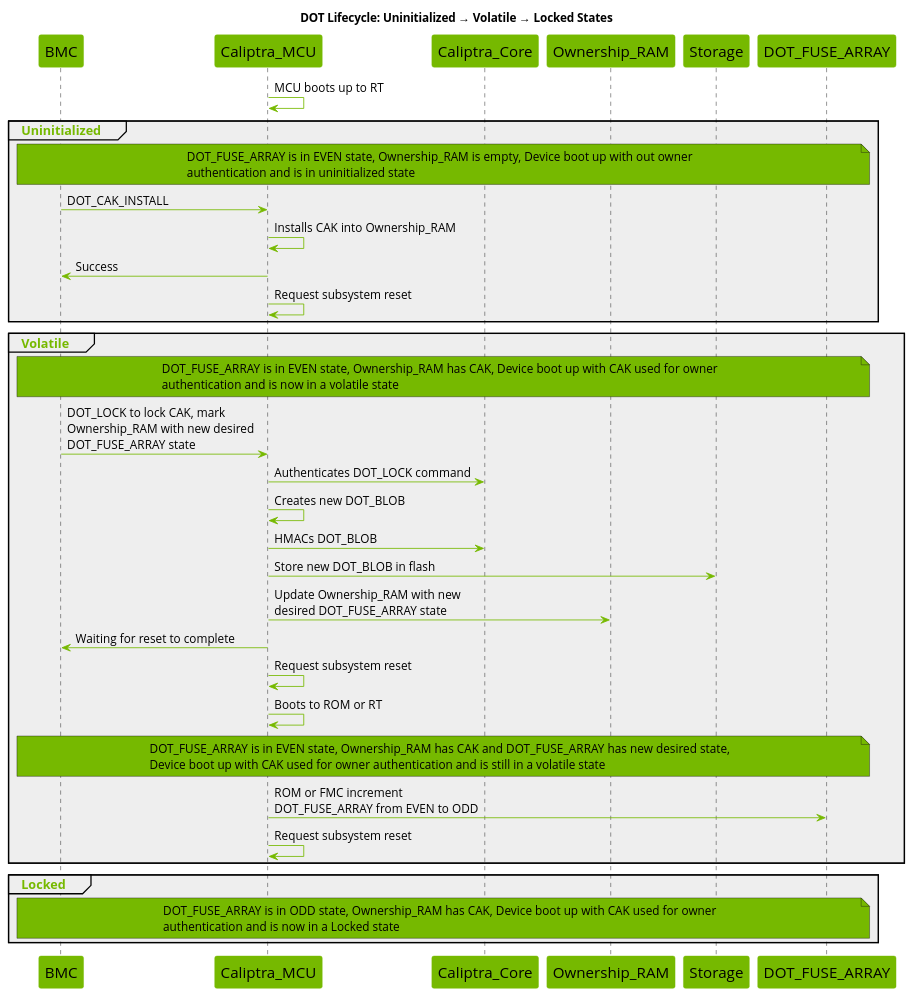
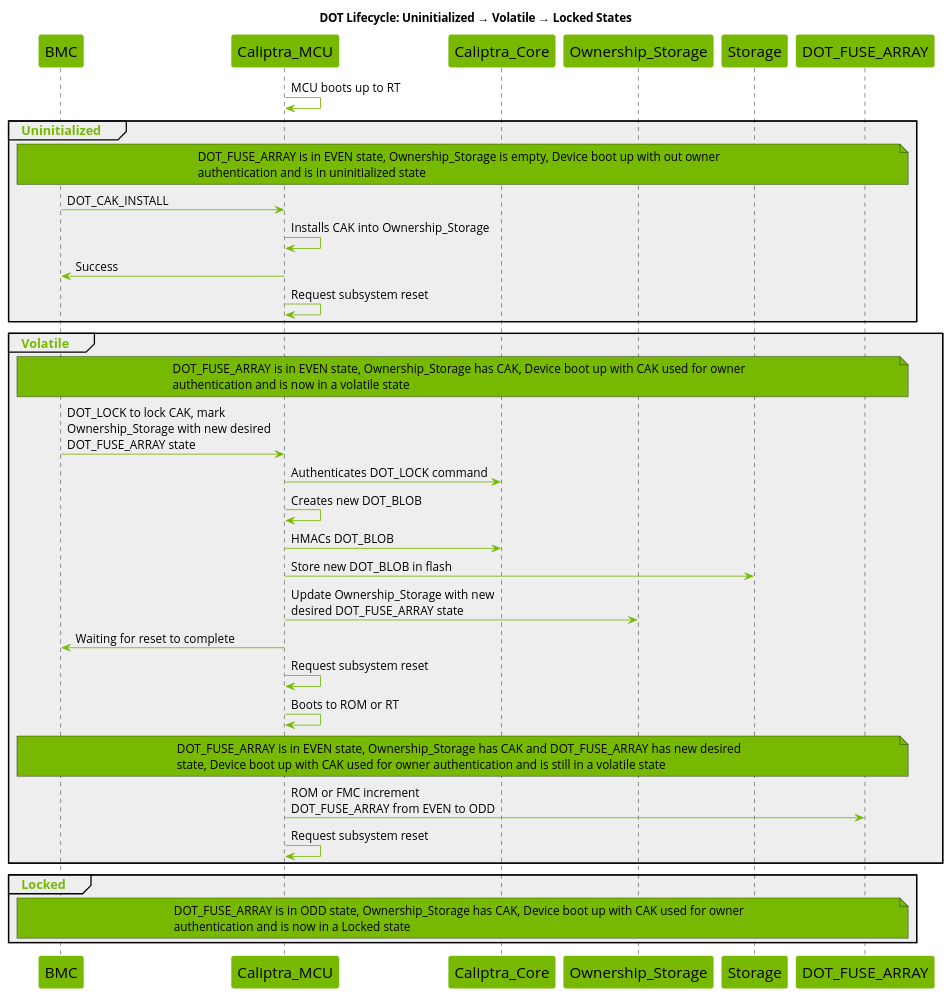
Before and after one commit to zhalvorsen/caliptra-mcu-sw: the sixth of 9 diagrams in docs/src/dot.md, drawn with PlantUML. The commit also changed other lines of this file, not shown here.

Commit message:
Modify dot.md to rephrase Ownership_RAM as Ownership_Storage (#611)

````diff
--- a/docs/src/dot.md
+++ b/docs/src/dot.md
@@ -872,69 +873,69 @@
 ```plantuml
 @startuml
 
 title DOT Lifecycle: Uninitialized → Volatile → Locked States
 
 skinparam maxMessageSize 250
 skinparam wrapWidth 700
 skinparam backgroundColor white
 skinparam NoteBackgroundColor #76b900
 skinparam NoteFontSize 14
 skinparam SequenceGroupBodyBackgroundColor #EEEEEE
 skinparam defaultFontName Open Sans
 
 skinparam sequence {
     ArrowColor #76b900
     ActorBorderColor #76b900
     LifeLineBorderColor #000000
     LifeLineBackgroundColor #76b900
     GroupHeaderFontsize 15
     GroupHeaderFontColor #76b900
     GroupFontSize 15
     GroupFontColor #76b900
     ArrowFontSize 15
     ParticipantBorderColor #76b900
     ParticipantBackgroundColor #76b900
     ParticipantFontSize 18
     ParticipantFontColor black
     ArrowFontSize 14
 }
 
 participant BMC
 participant Caliptra_MCU
 participant Caliptra_Core
-participant Ownership_RAM
+participant Ownership_Storage
 participant Storage
 participant DOT_FUSE_ARRAY
 
 Caliptra_MCU -> Caliptra_MCU : MCU boots up to RT
 
 group Uninitialized
-    note across : DOT_FUSE_ARRAY is in EVEN state, Ownership_RAM is empty, Device boot up with out owner authentication and is in uninitialized state
+    note across : DOT_FUSE_ARRAY is in EVEN state, Ownership_Storage is empty, Device boot up with out owner authentication and is in uninitialized state
     BMC -> Caliptra_MCU : DOT_CAK_INSTALL
-    Caliptra_MCU -> Caliptra_MCU : Installs CAK into Ownership_RAM
+    Caliptra_MCU -> Caliptra_MCU : Installs CAK into Ownership_Storage
     Caliptra_MCU -> BMC : Success
     Caliptra_MCU -> Caliptra_MCU : Request subsystem reset
 end
 
 group Volatile
-    note across : DOT_FUSE_ARRAY is in EVEN state, Ownership_RAM has CAK, Device boot up with CAK used for owner authentication and is now in a volatile state
-    BMC -> Caliptra_MCU : DOT_LOCK to lock CAK, mark Ownership_RAM with new desired DOT_FUSE_ARRAY state
+    note across : DOT_FUSE_ARRAY is in EVEN state, Ownership_Storage has CAK, Device boot up with CAK used for owner authentication and is now in a volatile state
+    BMC -> Caliptra_MCU : DOT_LOCK to lock CAK, mark Ownership_Storage with new desired DOT_FUSE_ARRAY state
     Caliptra_MCU -> Caliptra_Core : Authenticates DOT_LOCK command
     Caliptra_MCU -> Caliptra_MCU : Creates new DOT_BLOB
     Caliptra_MCU -> Caliptra_Core : HMACs DOT_BLOB
     Caliptra_MCU -> Storage : Store new DOT_BLOB in flash
-    Caliptra_MCU -> Ownership_RAM : Update Ownership_RAM with new desired DOT_FUSE_ARRAY state
+    Caliptra_MCU -> Ownership_Storage : Update Ownership_Storage with new desired DOT_FUSE_ARRAY state
     Caliptra_MCU -> BMC : Waiting for reset to complete
     Caliptra_MCU -> Caliptra_MCU : Request subsystem reset
     Caliptra_MCU -> Caliptra_MCU : Boots to ROM or RT
-    note across : DOT_FUSE_ARRAY is in EVEN state, Ownership_RAM has CAK and DOT_FUSE_ARRAY has new desired state, Device boot up with CAK used for owner authentication and is still in a volatile state
+    note across : DOT_FUSE_ARRAY is in EVEN state, Ownership_Storage has CAK and DOT_FUSE_ARRAY has new desired state, Device boot up with CAK used for owner authentication and is still in a volatile state
     Caliptra_MCU -> DOT_FUSE_ARRAY : ROM or FMC increment DOT_FUSE_ARRAY from EVEN to ODD
     Caliptra_MCU -> Caliptra_MCU : Request subsystem reset
 end
 
 group Locked
-    note across : DOT_FUSE_ARRAY is in ODD state, Ownership_RAM has CAK, Device boot up with CAK used for owner authentication and is now in a Locked state
+    note across : DOT_FUSE_ARRAY is in ODD state, Ownership_Storage has CAK, Device boot up with CAK used for owner authentication and is now in a Locked state
 end
 
 @enduml
 ```
````
